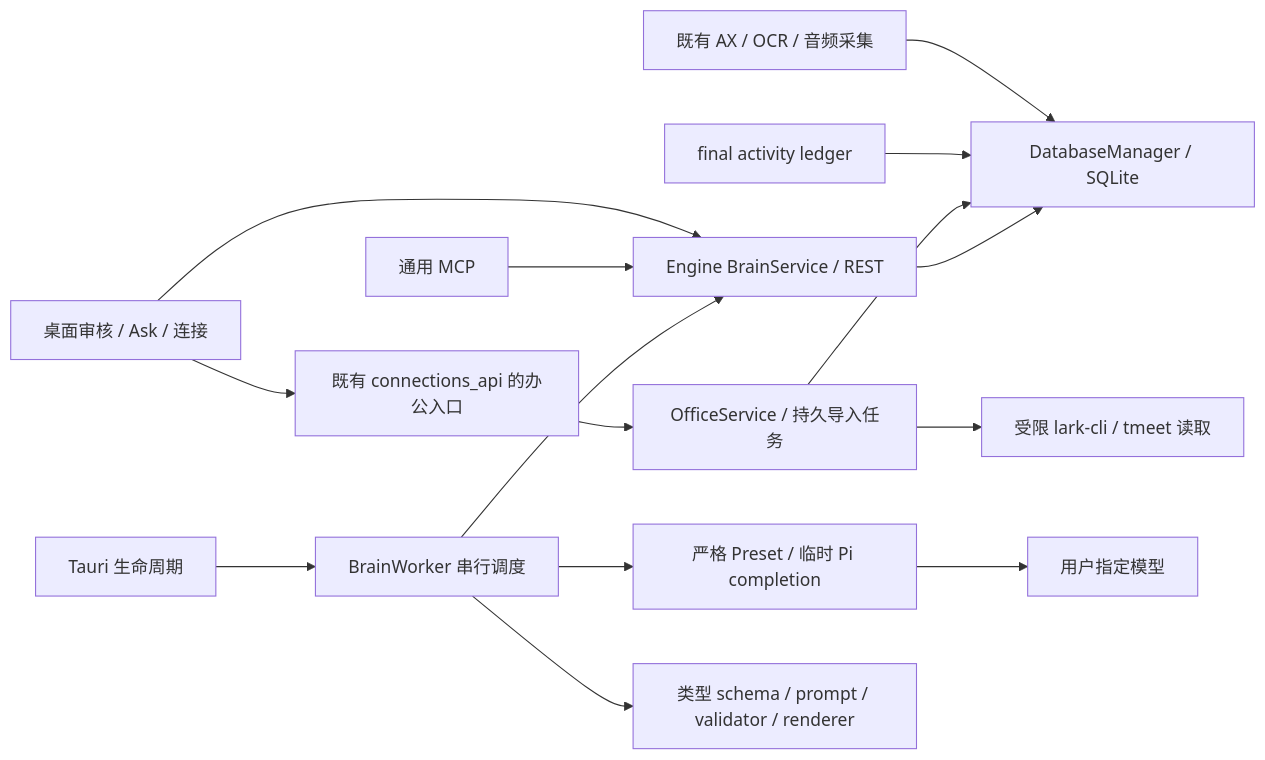
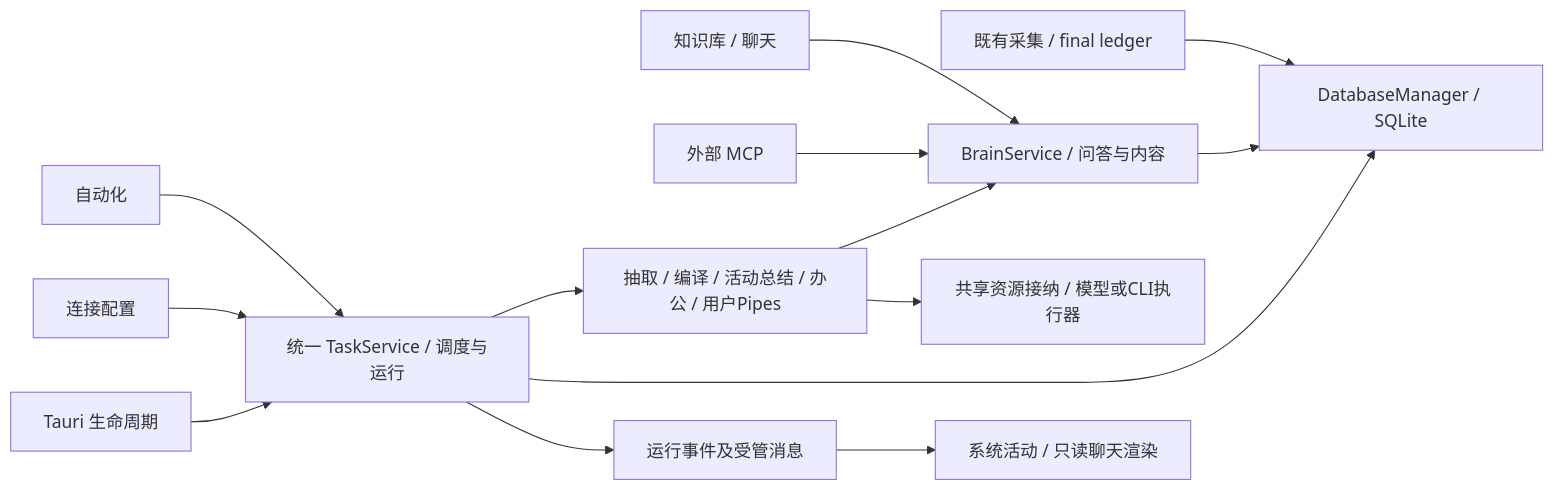
The diagram in docs/trd/personal-brain-local-first.md (shawnxie94/screenpipe), drawn with Mermaid before and after one commit. The commit also changed other lines of this file and 7 other files, not shown here.

````diff
--- a/docs/trd/personal-brain-local-first.md
+++ b/docs/trd/personal-brain-local-first.md
@@ -75,17 +79,16 @@
 ```mermaid
 flowchart LR
-  Capture[既有 AX / OCR / 音频采集] --> DB[DatabaseManager / SQLite]
-  Ledger[final activity ledger] --> DB
-  UI[桌面审核 / Ask / 连接] --> API[Engine BrainService / REST]
-  UI --> OfficeAPI[既有 connections_api 的办公入口]
-  OfficeAPI --> Office[OfficeService / 持久导入任务]
-  Office --> CLI[受限 lark-cli / tmeet 读取]
-  Office --> DB
-  MCP[通用 MCP] --> API
-  API --> DB
-  Worker[BrainWorker 串行调度] --> API
-  Desktop[Tauri 生命周期] --> Worker
-  Worker --> Executor[严格 Preset / 临时 Pi completion]
-  Executor --> Model[用户指定模型]
-  Worker --> Registry[类型 schema / prompt / validator / renderer]
+  Capture[既有采集 / final ledger] --> DB[DatabaseManager / SQLite]
+  Library[知识库 / 聊天] --> Brain[BrainService / 问答与内容]
+  MCP[外部 MCP] --> Brain
+  Auto[自动化] --> Tasks[统一 TaskService / 调度与运行]
+  Conn[连接配置] --> Tasks
+  Desktop[Tauri 生命周期] --> Tasks
+  Tasks --> Handlers[抽取 / 编译 / 活动总结 / 办公 / 用户Pipes]
+  Handlers --> Brain
+  Handlers --> Exec[共享资源接纳 / 模型或CLI执行器]
+  Tasks --> DB
+  Brain --> DB
+  Tasks --> Events[运行事件及受管消息]
+  Events --> Activity[系统活动 / 只读聊天渲染]
 ```
````
